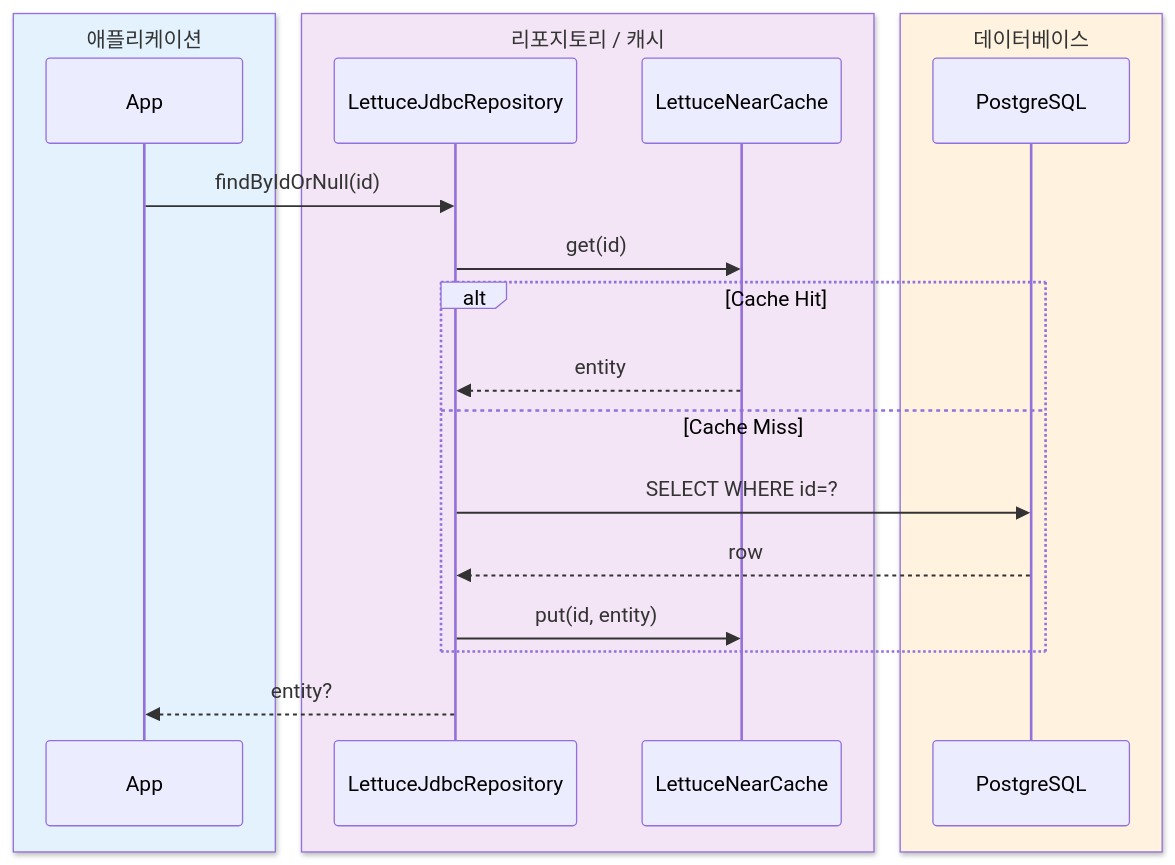
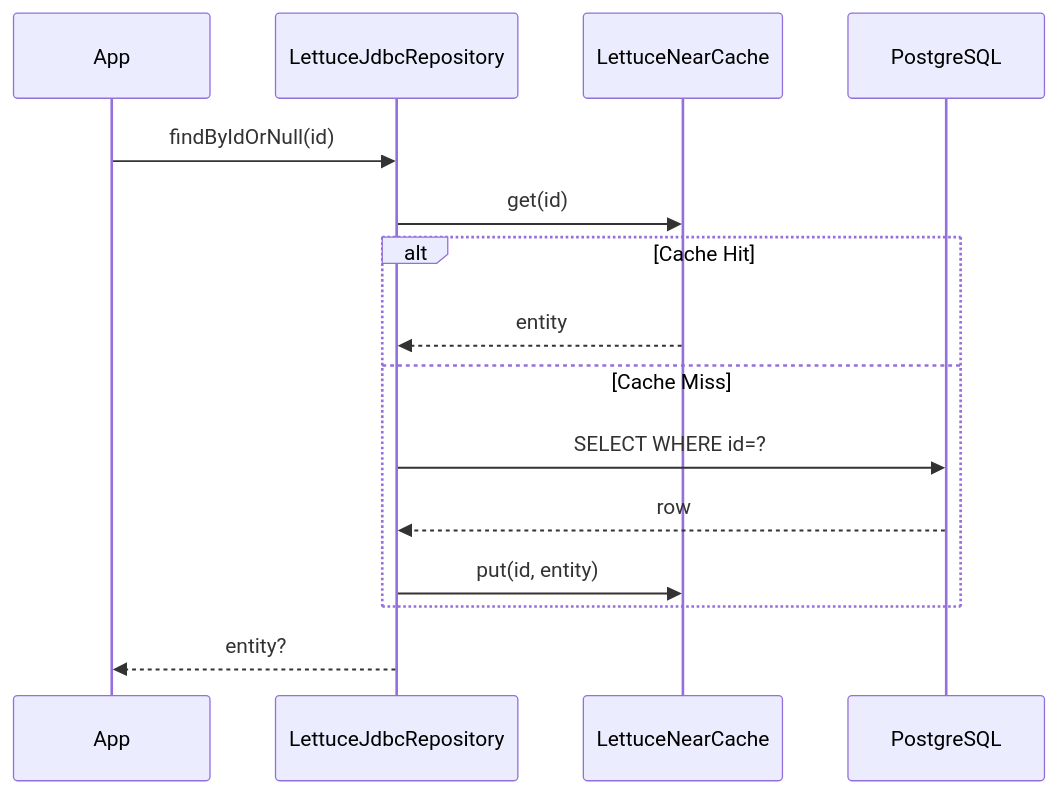
The second of 2 diagrams in data/exposed-jdbc-lettuce/README.ko.md (bluetape4k/bluetape4k-projects), drawn with Mermaid before and after one commit. The commit also changed other lines of this file and 219 other files, not shown here.

First line of the commit message:
docs: 전체 README Mermaid 다이어그램 가이드 적용

````diff
--- a/data/exposed-jdbc-lettuce/README.ko.md
+++ b/data/exposed-jdbc-lettuce/README.ko.md
@@ -132,24 +132,18 @@
 ```mermaid
 sequenceDiagram
-    box rgb(227, 242, 253) 애플리케이션
         participant App
-    end
-    box rgb(243, 229, 245) 리포지토리 / 캐시
         participant Repo as LettuceJdbcRepository
         participant Cache as LettuceNearCache
-    end
-    box rgb(255, 243, 224) 데이터베이스
         participant DB as PostgreSQL
-    end
 
     App->>Repo: findByIdOrNull(id)
     Repo->>Cache: get(id)
     alt Cache Hit
         Cache-->>Repo: entity
     else Cache Miss
         Repo->>DB: SELECT WHERE id=?
         DB-->>Repo: row
         Repo->>Cache: put(id, entity)
     end
     Repo-->>App: entity?
 ```
````
